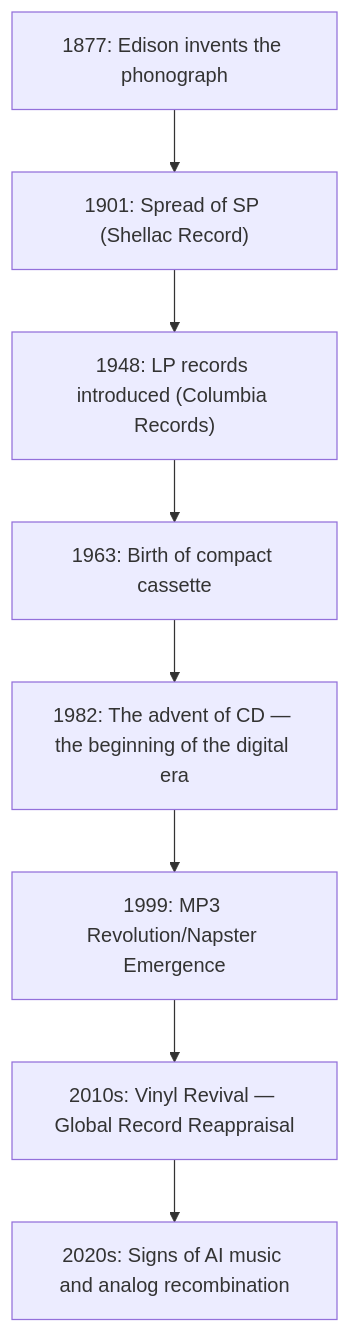
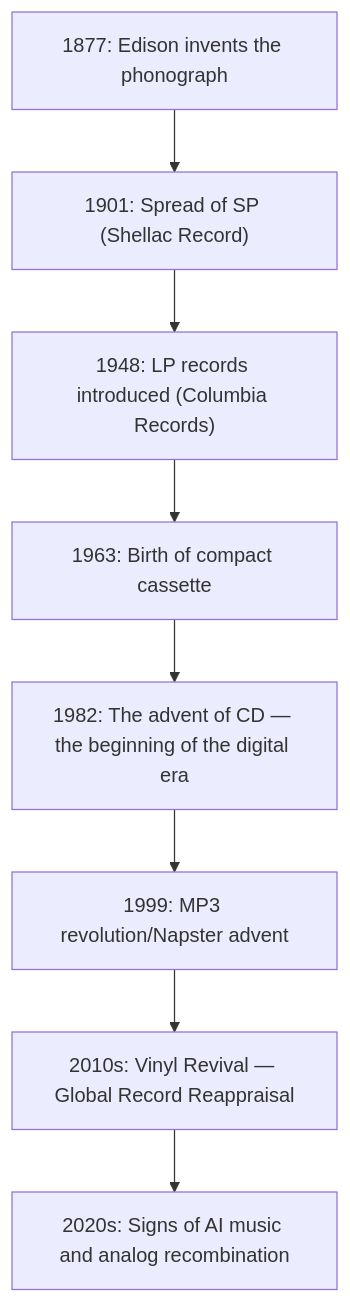
The diagram in en/_posts/2025-10-22-column-why-we-buy-vinyl.md (monumental-movement/monumental-movement.github.io), drawn with Mermaid before and after one commit. The commit also changed other lines of this file and 252 other files, not shown here.

```diff
--- a/en/_posts/2025-10-22-column-why-we-buy-vinyl.md
+++ b/en/_posts/2025-10-22-column-why-we-buy-vinyl.md
@@ -159,12 +159,12 @@
 <div class="mermaid">
 
 flowchart TD
     A1877["1877: Edison invents the phonograph"] --> A1901["1901: Spread of SP (Shellac Record)"]
     A1901 --> A1948["1948: LP records introduced (Columbia Records)"]
     A1948 --> A1963["1963: Birth of compact cassette"]
     A1963 --> A1982["1982: The advent of CD — the beginning of the digital era"]
-    A1982 --> A1999["1999: MP3 Revolution/Napster Emergence"]
+    A1982 --> A1999["1999: MP3 revolution/Napster advent"]
     A1999 --> A2010["2010s: Vinyl Revival — Global Record Reappraisal"]
     A2010 --> A2020["2020s: Signs of AI music and analog recombination"]
 
 </div>
```
